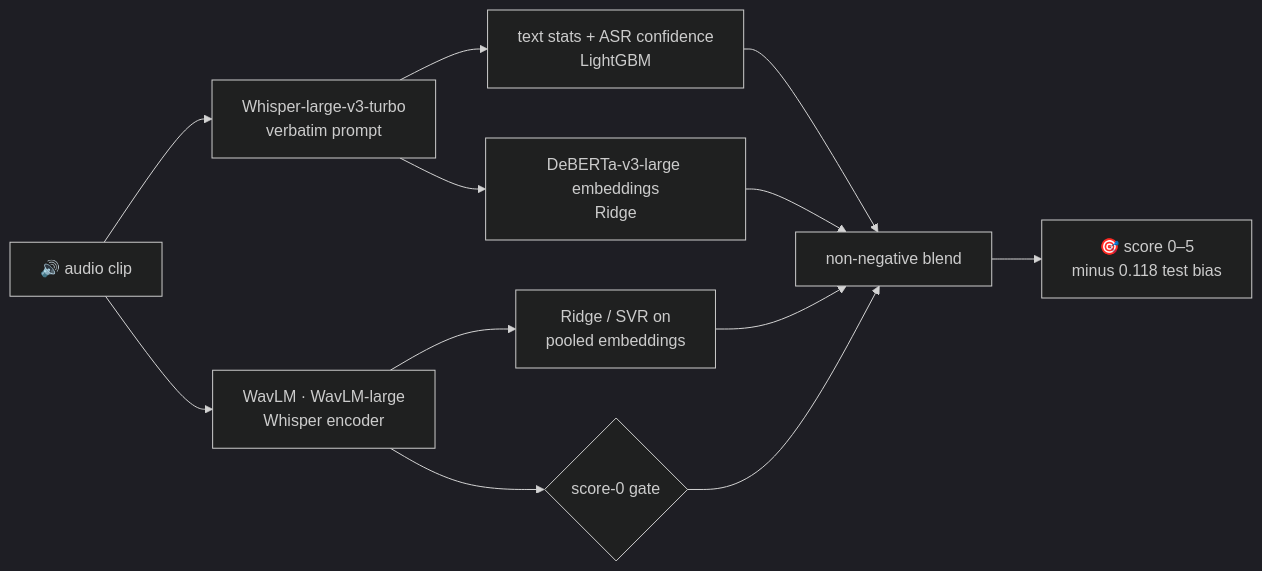
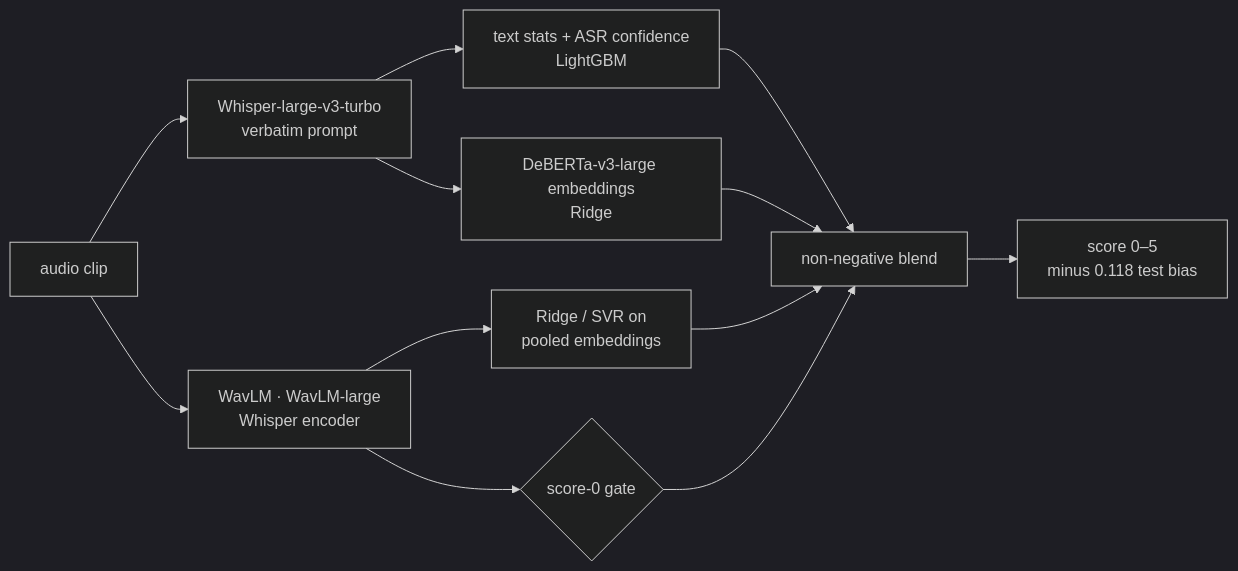
Before and after one commit to Techy-A/shl-grammar-scoring: the diagram in README.md, drawn with Mermaid (dark theme). The commit also changed other lines of this file and 1 other file, not shown here.

````diff
--- a/README.md
+++ b/README.md
@@ -23,12 +23,12 @@
 ```mermaid
 flowchart LR
-    A[🔊 audio clip] --> W[Whisper-large-v3-turbo<br/>verbatim prompt]
+    A[audio clip] --> W[Whisper-large-v3-turbo<br/>verbatim prompt]
     A --> E[WavLM · WavLM-large<br/>Whisper encoder]
     W --> T1[text stats + ASR confidence<br/>LightGBM]
     W --> T2[DeBERTa-v3-large embeddings<br/>Ridge]
     E --> S[Ridge / SVR on<br/>pooled embeddings]
     E --> G{score-0 gate}
     T1 & T2 & S --> B[non-negative blend]
     G --> B
-    B --> P[🎯 score 0–5<br/>minus 0.118 test bias]
+    B --> P[score 0–5<br/>minus 0.118 test bias]
 ```
````
